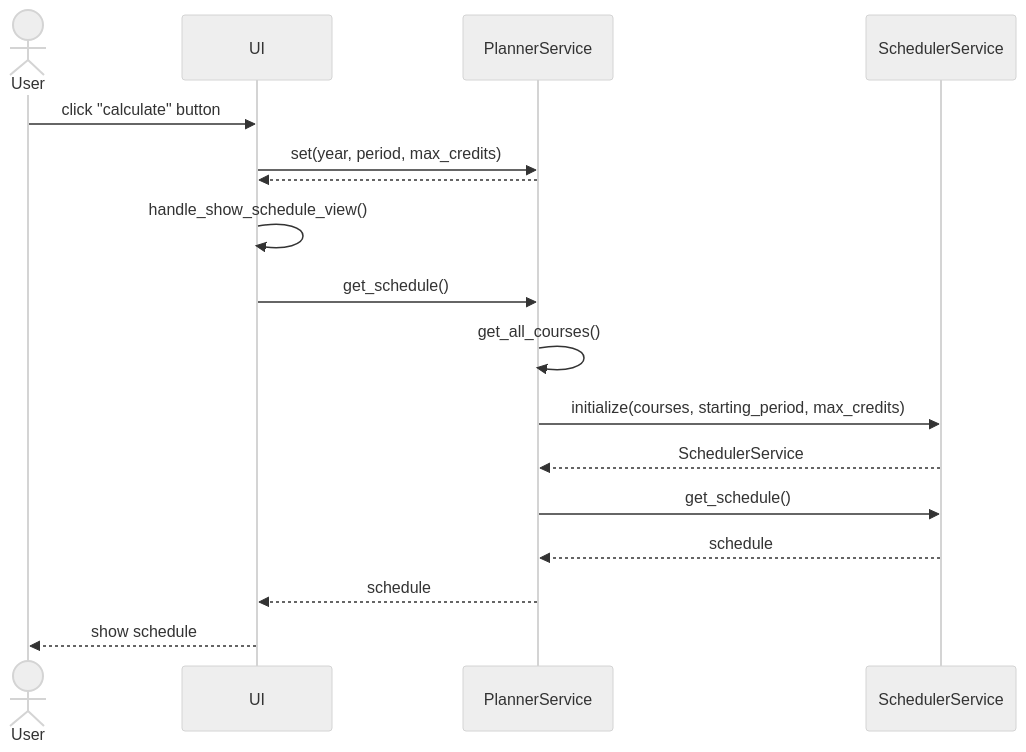
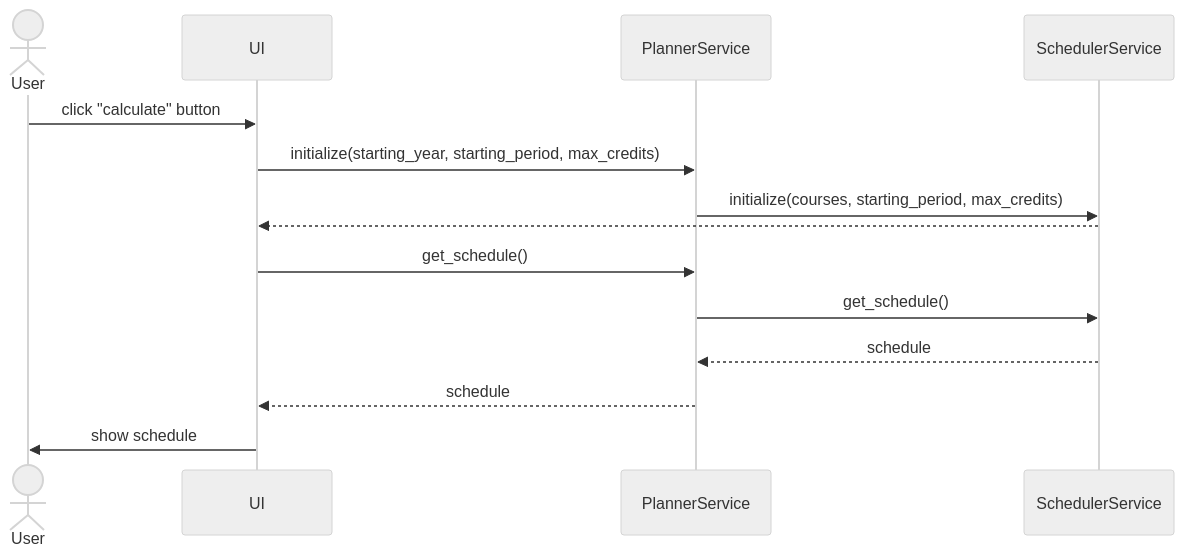
One commit to TheJiahao/ohte-harjoitustyo changed the fifth of 7 diagrams in dokumentaatio/arkkitehtuuri.md. Above: the diagram before and after it, drawn with Mermaid (neutral theme). The commit also changed other lines of this file and 1 other file, not shown here.

````diff
--- a/dokumentaatio/arkkitehtuuri.md
+++ b/dokumentaatio/arkkitehtuuri.md
@@ -203,18 +201,17 @@
 ```mermaid
 sequenceDiagram
 actor User
 
 User ->> UI: click "calculate" button
-UI ->> PlannerService: set(year, period, max_credits)
-PlannerService -->> UI: 
-UI ->> UI: handle_show_schedule_view()
+UI ->> PlannerService: initialize(starting_year, starting_period, max_credits)
+
+PlannerService ->> SchedulerService: initialize(courses, starting_period, max_credits)
+SchedulerService -->> UI:  
+
 UI ->> PlannerService: get_schedule()
-PlannerService ->> PlannerService: get_all_courses()
-PlannerService ->> SchedulerService: initialize(courses, starting_period, max_credits)
-SchedulerService -->> PlannerService: SchedulerService
 PlannerService ->> SchedulerService: get_schedule()
 SchedulerService -->> PlannerService: schedule
 
 PlannerService -->> UI: schedule
-UI -->> User: show schedule
+UI ->> User: show schedule
 ```
````
